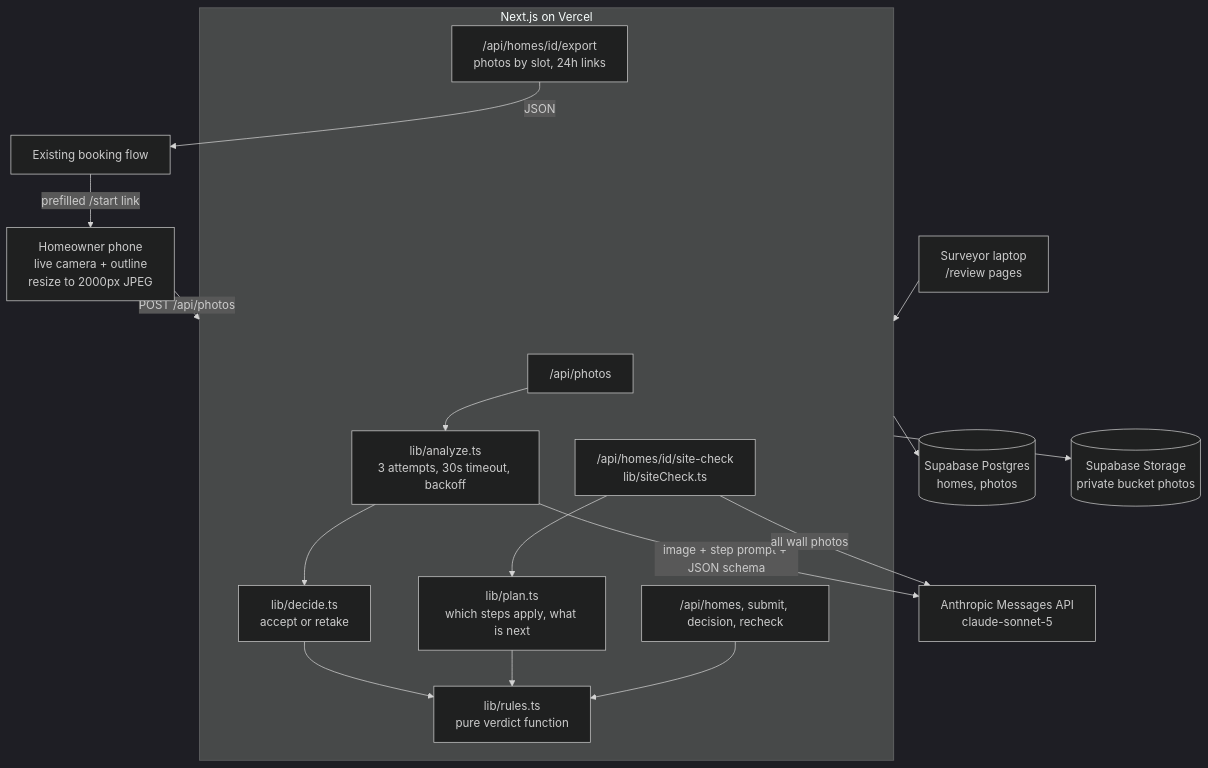
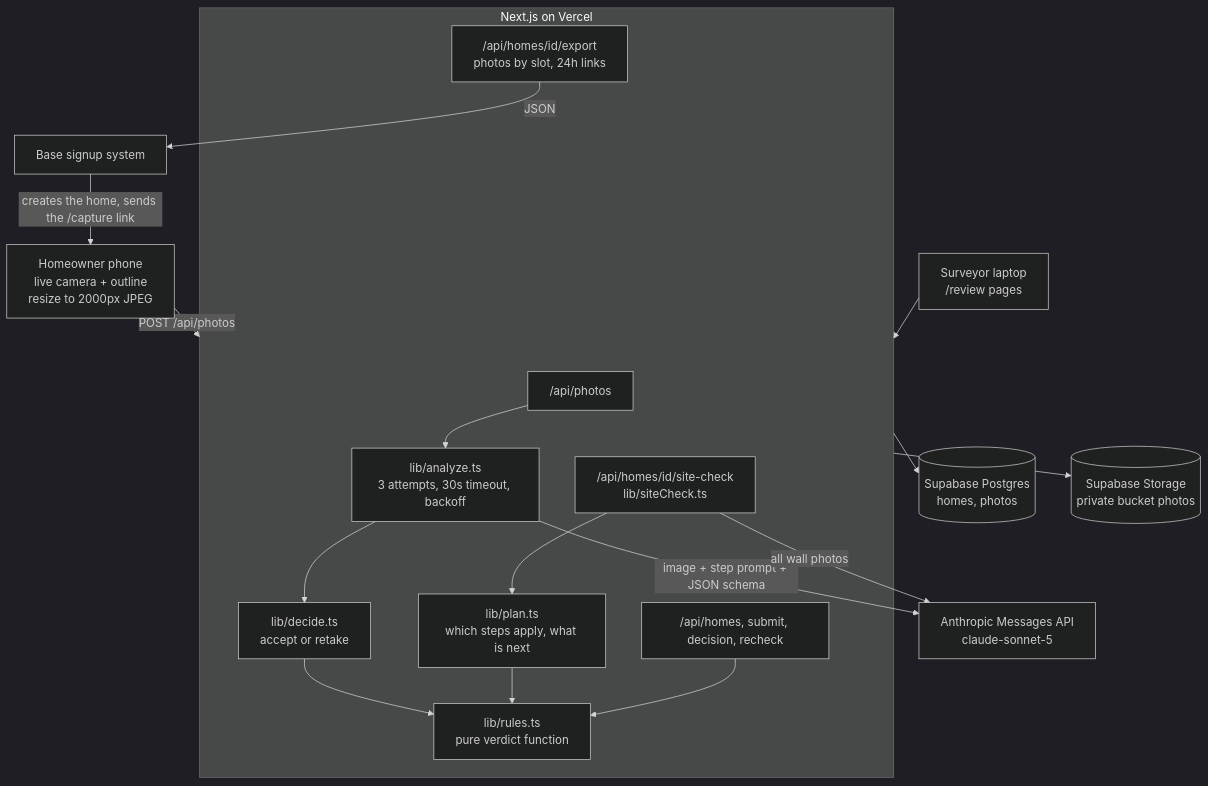
One commit to dennycrafter/site-check changed the diagram in sitecheck/README.md. Above: the diagram before and after it, drawn with Mermaid (dark theme). The commit also changed other lines of this file, not shown here.

Commit message:
R5: README notes on the customer link flow, decided_at migration and surveyor page limitation

````diff
--- a/sitecheck/README.md
+++ b/sitecheck/README.md
@@ -48,20 +48,20 @@
 ```mermaid
 flowchart TD
   Phone["Homeowner phone<br/>live camera + outline<br/>resize to 2000px JPEG"] -->|POST /api/photos| API
   Laptop["Surveyor laptop<br/>/review pages"] --> API
   subgraph API["Next.js on Vercel"]
     Photos["/api/photos"] --> Analyze["lib/analyze.ts<br/>3 attempts, 30s timeout, backoff"]
     Analyze --> Decide["lib/decide.ts<br/>accept or retake"]
     Decide --> Rules["lib/rules.ts<br/>pure verdict function"]
     Plan["lib/plan.ts<br/>which steps apply, what is next"] --> Rules
     Homes["/api/homes, submit, decision, recheck"] --> Rules
     SiteCheck["/api/homes/id/site-check<br/>lib/siteCheck.ts"] --> Plan
     Export["/api/homes/id/export<br/>photos by slot, 24h links"]
   end
-  Other["Existing booking flow"] -->|"prefilled /start link"| Phone
+  Other["Base signup system"] -->|"creates the home, sends the /capture link"| Phone
   Export -->|JSON| Other
   Analyze -->|image + step prompt + JSON schema| Claude["Anthropic Messages API<br/>claude-sonnet-5"]
   SiteCheck -->|all wall photos| Claude
   API --> DB[("Supabase Postgres<br/>homes, photos")]
   API --> Storage[("Supabase Storage<br/>private bucket photos")]
 ```
````
